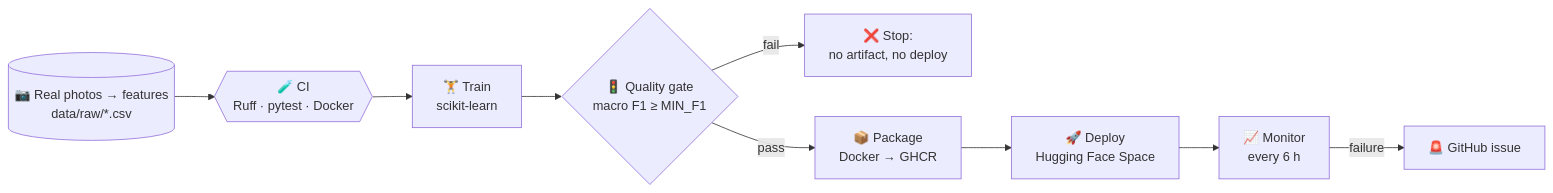
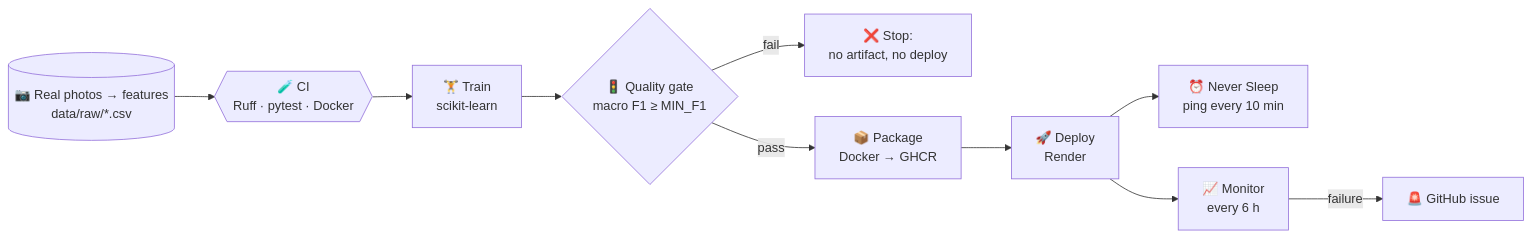
The diagram in README.md (ALEMDJOU/ProjetGitHubDevDay), drawn with Mermaid before and after one commit. The commit also changed other lines of this file and 11 other files, not shown here.

First line of the commit message:
feat(deploy): deploy to Render and keep it awake with Never_Sleep

````diff
--- a/README.md
+++ b/README.md
@@ -43,11 +43,12 @@
 ```mermaid
 flowchart LR
     D[(📷 Real photos → features<br/>data/raw/*.csv)] --> CI{{🧪 CI<br/>Ruff · pytest · Docker}}
     CI --> T[🏋️ Train<br/>scikit-learn]
     T --> G{🚦 Quality gate<br/>macro F1 ≥ MIN_F1}
     G -- fail --> X[❌ Stop:<br/>no artifact, no deploy]
     G -- pass --> P[📦 Package<br/>Docker → GHCR]
-    P --> DEP[🚀 Deploy<br/>Hugging Face Space]
+    P --> DEP[🚀 Deploy<br/>Render]
+    DEP --> NS[⏰ Never Sleep<br/>ping every 10 min]
     DEP --> M[📈 Monitor<br/>every 6 h]
     M -- failure --> I[🚨 GitHub issue]
 ```
````
